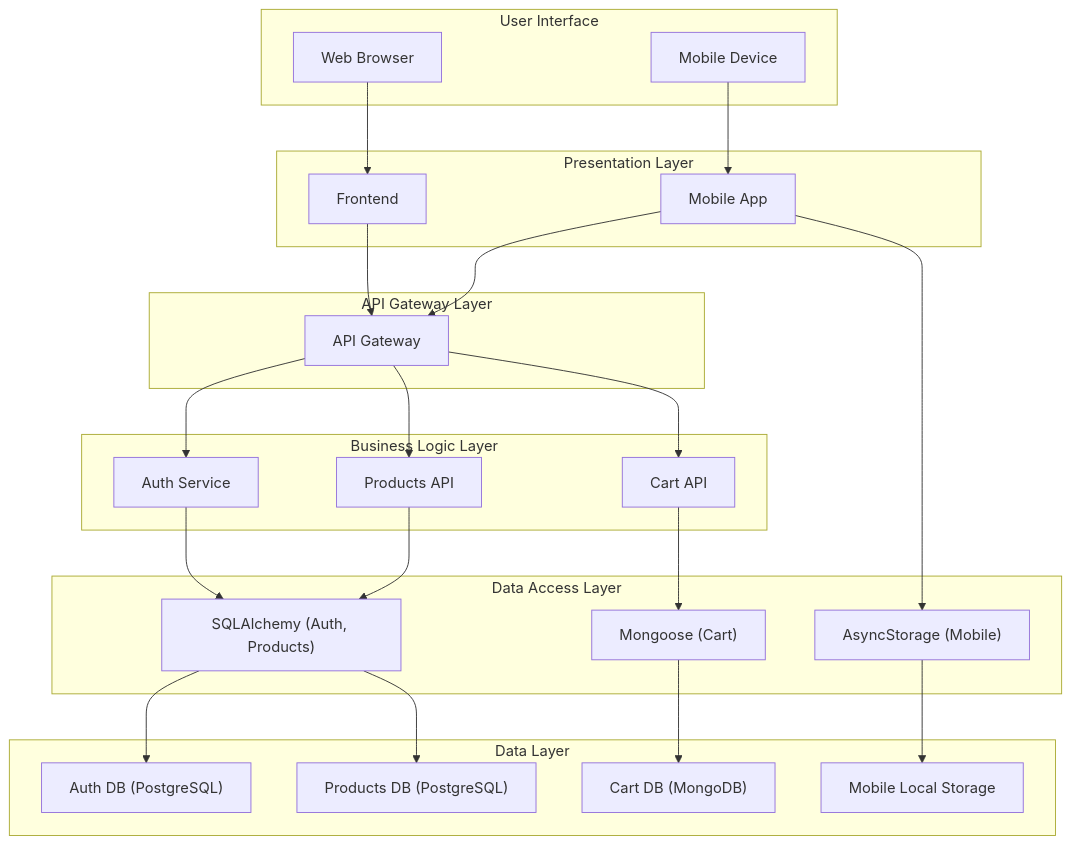
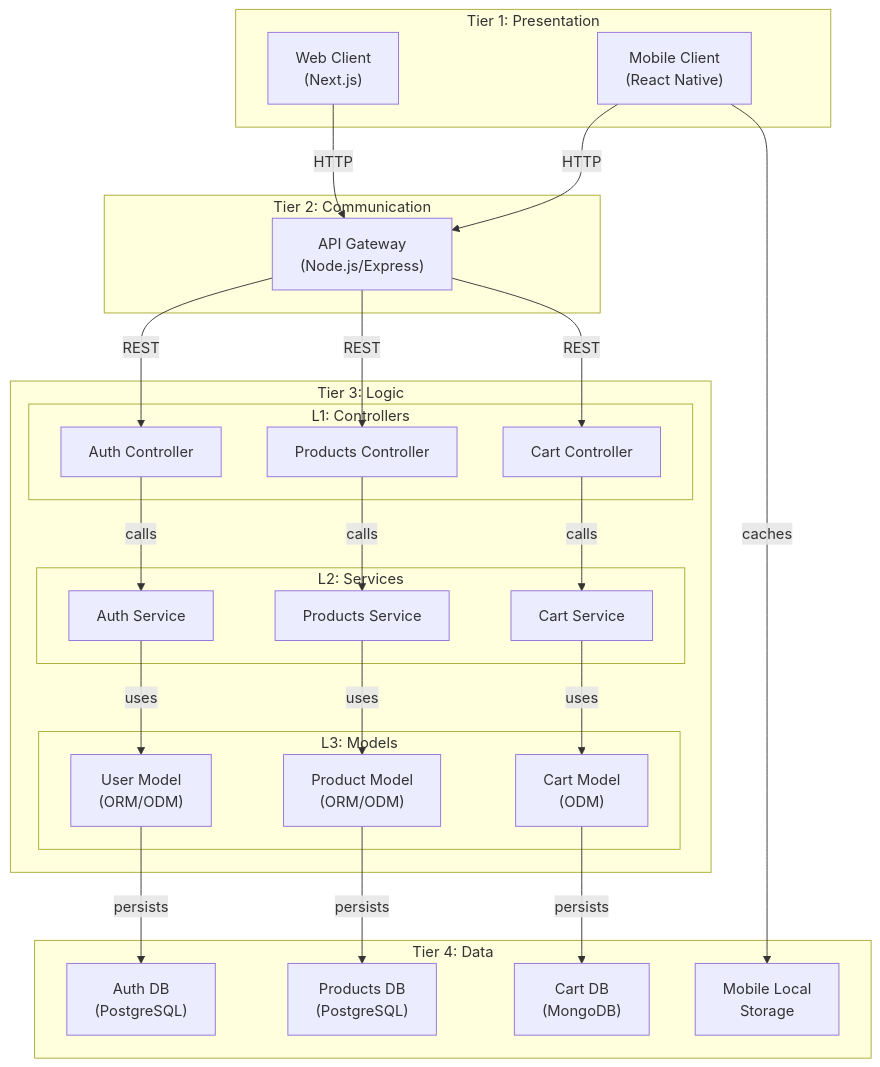
One commit to juanalytics/tussi changed the second of 3 diagrams in README.md. Above: the diagram before and after it, drawn with Mermaid. The commit also changed other lines of this file, not shown here.

First line of the commit message:
Revise README to improve architectural clarity

````diff
--- a/README.md
+++ b/README.md
@@ -366,51 +212,52 @@
 ```mermaid
-graph TD
-    subgraph "User Interface"
-        A[Web Browser]
-        B[Mobile Device]
+graph TB
+  subgraph "Tier 1: Presentation"
+    WebClient["Web Client<br>(Next.js)"]
+    MobileClient["Mobile Client<br>(React Native)"]
+  end
+
+  subgraph "Tier 2: Communication"
+    APIGateway["API Gateway<br>(Node.js/Express)"]
+  end
+
+  subgraph "Tier 3: Logic"
+    subgraph "L1: Controllers"
+      AuthCtrl["Auth Controller"]
+      ProdCtrl["Products Controller"]
+      CartCtrl["Cart Controller"]
     end
+    subgraph "L2: Services"
+      AuthSvc["Auth Service"]
+      ProdSvc["Products Service"]
+      CartSvc["Cart Service"]
+    end
+    subgraph "L3: Models"
+      UserModel["User Model<br>(ORM/ODM)"]
+      ProductModel["Product Model<br>(ORM/ODM)"]
+      CartModel["Cart Model<br>(ODM)"]
+    end
+  end
 
-    subgraph "Presentation Layer"
-        C["Frontend"]
-        D["Mobile App"]
-    end
+  subgraph "Tier 4: Data"
+    AuthDB["Auth DB<br>(PostgreSQL)"]
+    ProdDB["Products DB<br>(PostgreSQL)"]
+    CartDB["Cart DB<br>(MongoDB)"]
+    MobileStore["Mobile Local<br>Storage"]
+  end
 
-    subgraph "API Gateway Layer"
-        E["API Gateway"]
-    end
-
-    subgraph "Business Logic Layer"
-        F["Auth Service"]
-        G["Products API"]
-        H["Cart API"]
-    end
-
-    subgraph "Data Access Layer"
-        I["SQLAlchemy (Auth, Products)"]
-        J["Mongoose (Cart)"]
-        K["AsyncStorage (Mobile)"]
-    end
-
-    subgraph "Data Layer"
-        L["Auth DB (PostgreSQL)"]
-        M["Products DB (PostgreSQL)"]
-        N["Cart DB (MongoDB)"]
-        O["Mobile Local Storage"]
-    end
-
-    A --> C
-    B --> D
-    C --> E
-    D --> E
-    E --> F
-    E --> G
-    E --> H
-    F --> I
-    G --> I
-    H --> J
-    D --> K
-    I --> L
-    I --> M
-    J --> N
-    K --> O
+  WebClient      -->|HTTP| APIGateway
+  MobileClient   -->|HTTP| APIGateway
+  APIGateway     -->|REST| AuthCtrl
+  APIGateway     -->|REST| ProdCtrl
+  APIGateway     -->|REST| CartCtrl
+  AuthCtrl       -->|calls| AuthSvc
+  ProdCtrl       -->|calls| ProdSvc
+  CartCtrl       -->|calls| CartSvc
+  AuthSvc        -->|uses| UserModel
+  ProdSvc        -->|uses| ProductModel
+  CartSvc        -->|uses| CartModel
+  UserModel      -->|persists| AuthDB
+  ProductModel   -->|persists| ProdDB
+  CartModel      -->|persists| CartDB
+  MobileClient   -->|caches| MobileStore
 ```
````
